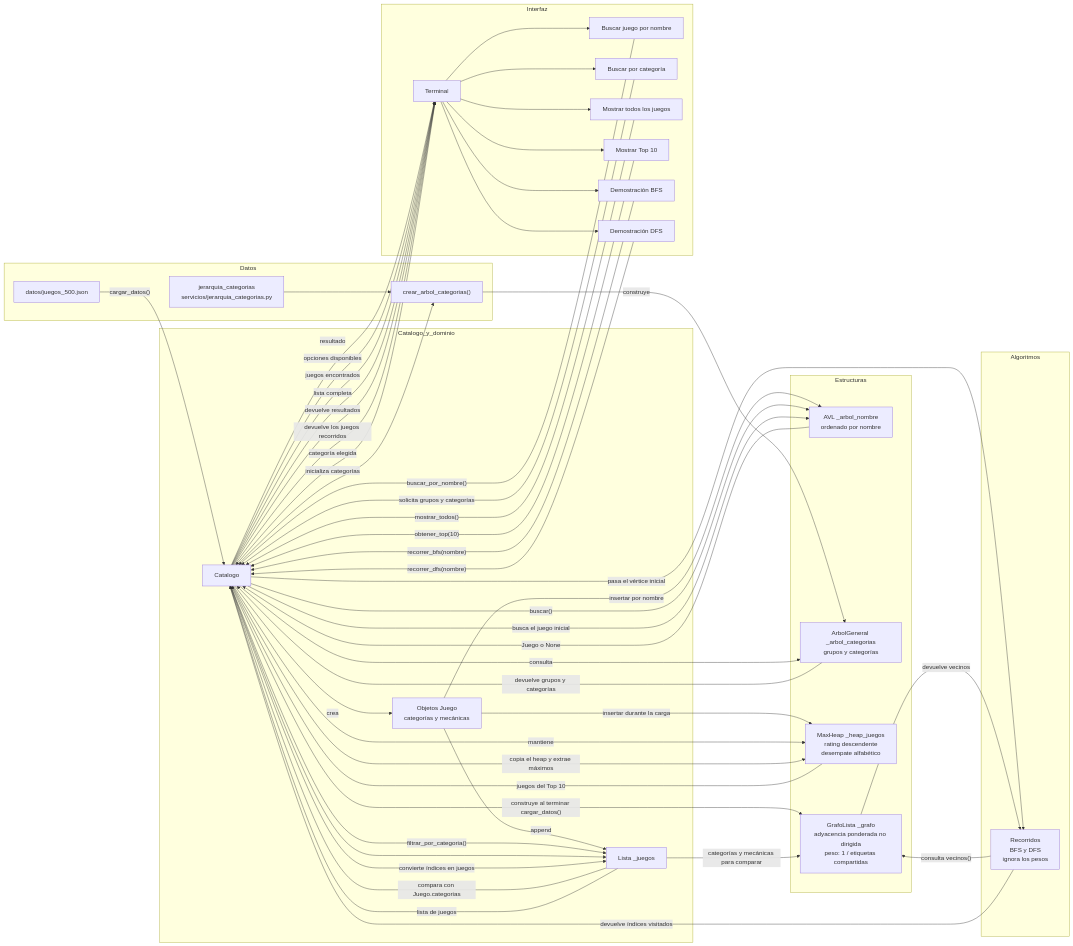
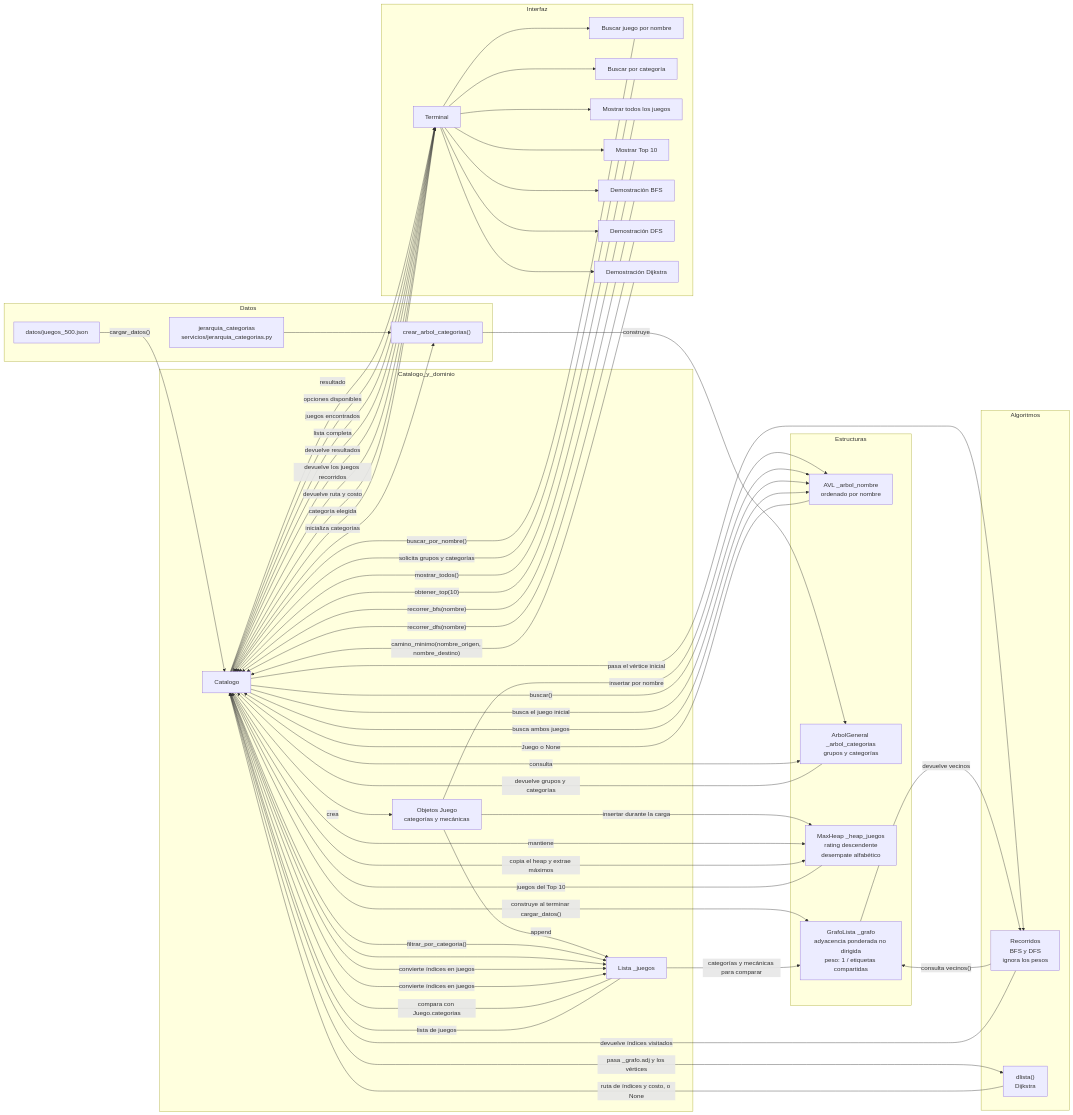
The diagram in docs/04-diagrama-datos.md (jonihauff/Matesydados), drawn with Mermaid before and after one commit. The commit also changed 5 other files, not shown here.

````diff
--- a/docs/04-diagrama-datos.md
+++ b/docs/04-diagrama-datos.md
@@ -25,6 +25,7 @@
 
     subgraph Algoritmos
         RECORRIDOS["Recorridos<br/>BFS y DFS<br/>ignora los pesos"]
+        DIJKSTRA["dlista()<br/>Dijkstra"]
     end
 
     subgraph Interfaz
@@ -35,6 +36,7 @@
         TOP["Mostrar Top 10"]
         BFS["Demostración BFS"]
         DFS["Demostración DFS"]
+        CAMINO["Demostración Dijkstra"]
     end
 
     JSON -->|"cargar_datos()"| CAT
@@ -93,4 +95,12 @@
     CAT -->|"convierte índices en juegos"| LISTA
     CAT -->|"devuelve los juegos recorridos"| TERMINAL
 
+    TERMINAL --> CAMINO
+    CAMINO -->|"camino_minimo(nombre_origen, nombre_destino)"| CAT
+    CAT -->|"busca ambos juegos"| AVL
+    CAT -->|"pasa _grafo.adj y los vértices"| DIJKSTRA
+    DIJKSTRA -->|"ruta de índices y costo, o None"| CAT
+    CAT -->|"convierte índices en juegos"| LISTA
+    CAT -->|"devuelve ruta y costo"| TERMINAL
+
 ```
````
